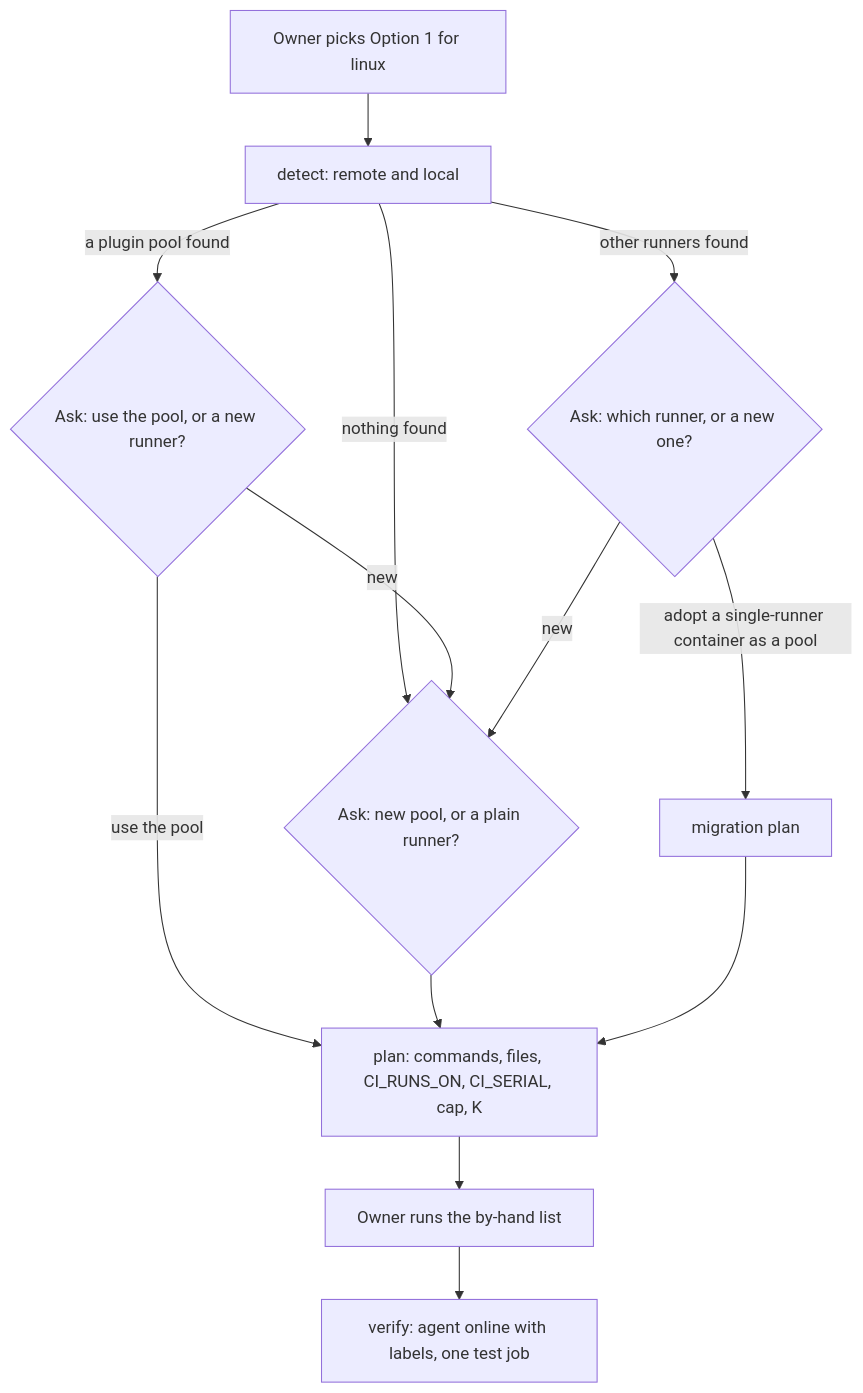
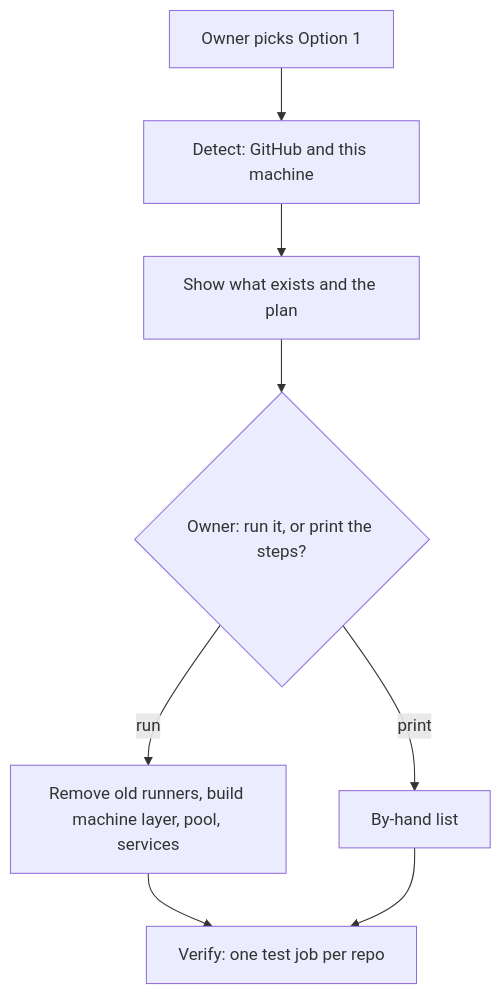
The second of 2 diagrams in docs/features/delivery/shared-self-hosted-runners.md (luis-mc/dev-standards), drawn with Mermaid before and after one commit. The commit also changed other lines of this file and 3 other files, not shown here.

Commit message:
DL28: rewrite PR #140 into one combined design (machine CI queue + Linux runner pool), decisions D21-D47; drop MB63 work folder

````diff
--- a/docs/features/delivery/shared-self-hosted-runners.md
+++ b/docs/features/delivery/shared-self-hosted-runners.md
@@ -144,15 +176,10 @@
 ```mermaid
 flowchart TD
-  pick[Owner picks Option 1 for linux] --> det[detect: remote and local]
-  det -->|a plugin pool found| q1{Ask: use the pool, or a new runner?}
-  det -->|other runners found| q2{Ask: which runner, or a new one?}
-  det -->|nothing found| q3{Ask: new pool, or a plain runner?}
-  q1 -->|use the pool| plan
-  q1 -->|new| q3
-  q2 -->|adopt a single-runner container as a pool| mig[migration plan]
-  q2 -->|new| q3
-  q3 --> plan[plan: commands, files, CI_RUNS_ON, CI_SERIAL, cap, K]
-  mig --> plan
-  plan --> run[Owner runs the by-hand list]
-  run --> ver[verify: agent online with labels, one test job]
+  a[Owner picks Option 1] --> b[Detect: GitHub and this machine]
+  b --> c[Show what exists and the plan]
+  c --> d{Owner: run it, or print the steps?}
+  d -->|run| e[Remove old runners, build machine layer, pool, services]
+  d -->|print| f[By-hand list]
+  e --> g[Verify: one test job per repo]
+  f --> g
 ```
````
